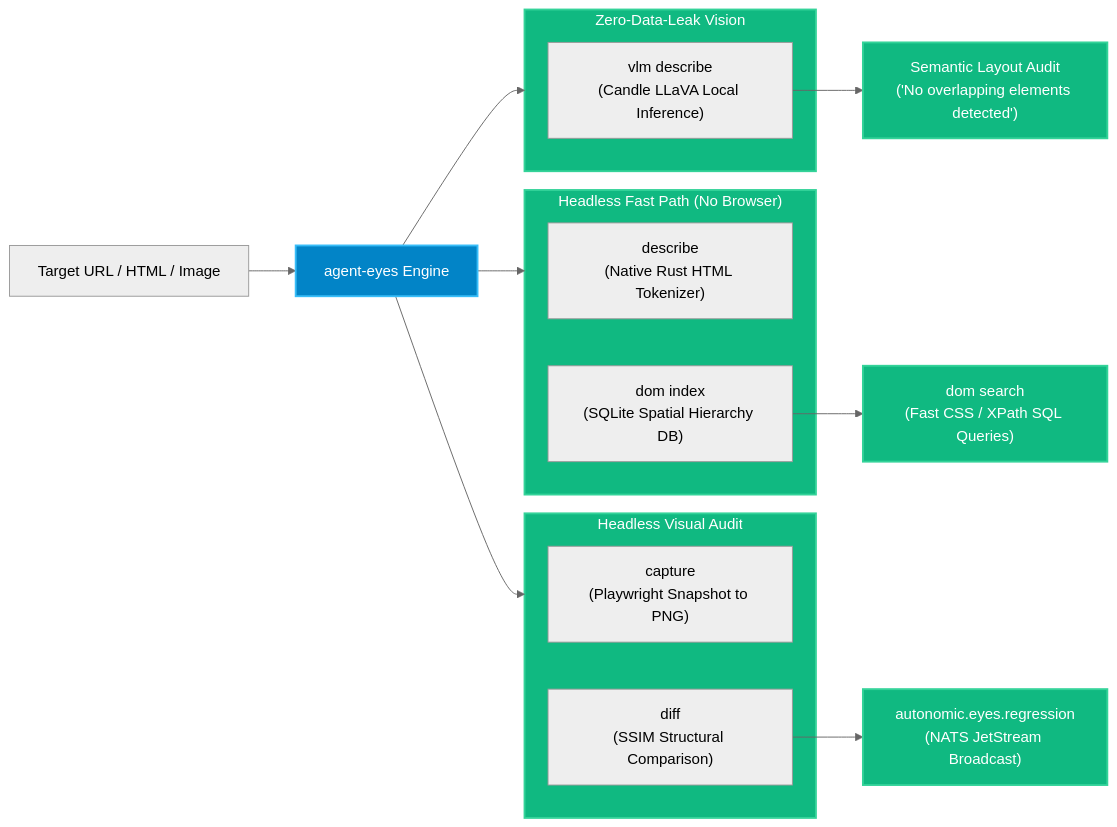
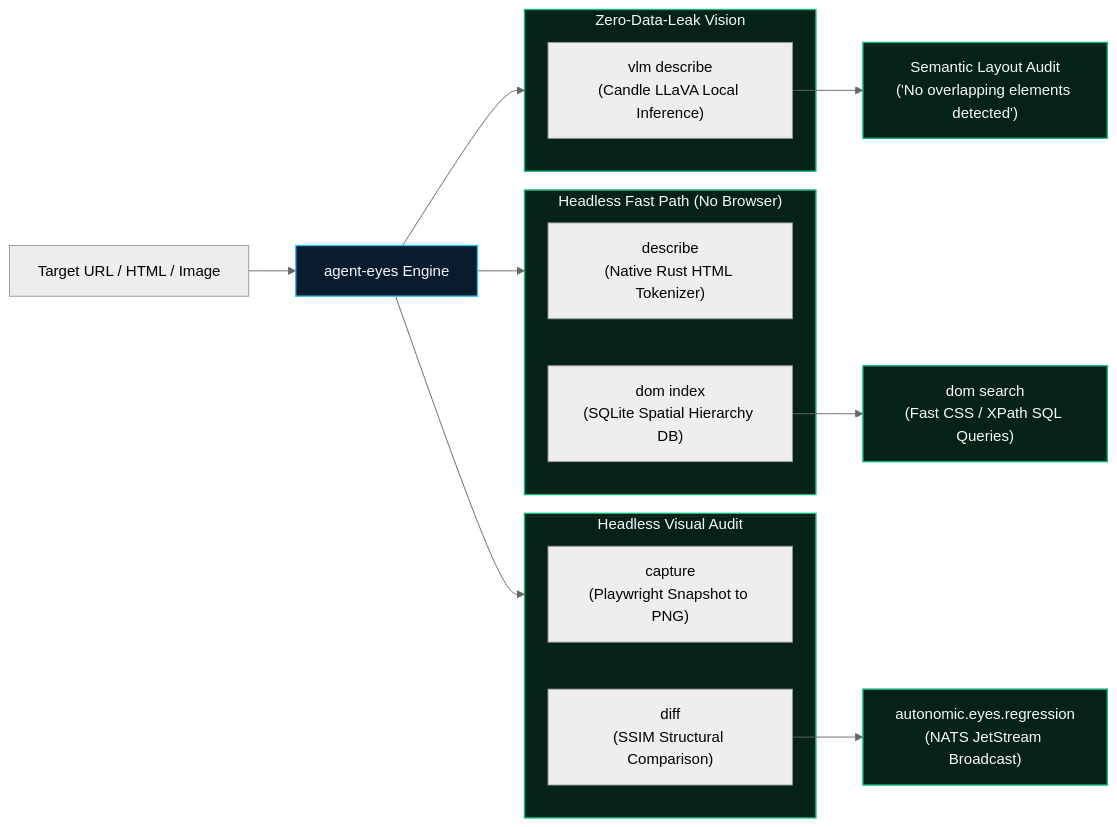
Before and after one commit to autonomic-ai-dev/website: the diagram in src/routes/docs/visual-qa/+page.md, drawn with Mermaid (neutral theme). The commit also changed 13 other files, not shown here.

Commit message:
fix(docs): aerospace dark cybernetic palette for Mermaid charts and high-contrast labels

````diff
--- a/src/routes/docs/visual-qa/+page.md
+++ b/src/routes/docs/visual-qa/+page.md
@@ -9,31 +9,31 @@
 ```mermaid
 flowchart LR
     Input["Target URL / HTML / Image"] --> Router["agent-eyes Engine"]
 
     subgraph FastPath["Headless Fast Path (No Browser)"]
         Describe["describe\n(Native Rust HTML Tokenizer)"]
         Index["dom index\n(SQLite Spatial Hierarchy DB)"]
     end
 
     subgraph VisualPath["Headless Visual Audit"]
         Capture["capture\n(Playwright Snapshot to PNG)"]
         Diff["diff\n(SSIM Structural Comparison)"]
     end
 
     subgraph LocalVLM["Zero-Data-Leak Vision"]
         VLM["vlm describe\n(Candle LLaVA Local Inference)"]
     end
 
     Router --> FastPath
     Router --> VisualPath
     Router --> LocalVLM
 
     Index --> Search["dom search\n(Fast CSS / XPath SQL Queries)"]
     Diff --> Event["autonomic.eyes.regression\n(NATS JetStream Broadcast)"]
     VLM --> Caption["Semantic Layout Audit\n('No overlapping elements detected')"]
 
-    classDef core fill:#0284c7,stroke:#38bdf8,stroke-width:2px,color:#ffffff;
-    classDef path fill:#10b981,stroke:#34d399,stroke-width:2px,color:#ffffff;
+    classDef core fill:#081c2e,stroke:#38bdf8,stroke-width:1.5px,color:#f8fafc;
+    classDef path fill:#04211a,stroke:#10b981,stroke-width:1.5px,color:#f8fafc;
     class Router core;
     class FastPath,VisualPath,LocalVLM,Search,Event,Caption path;
 ```
````
